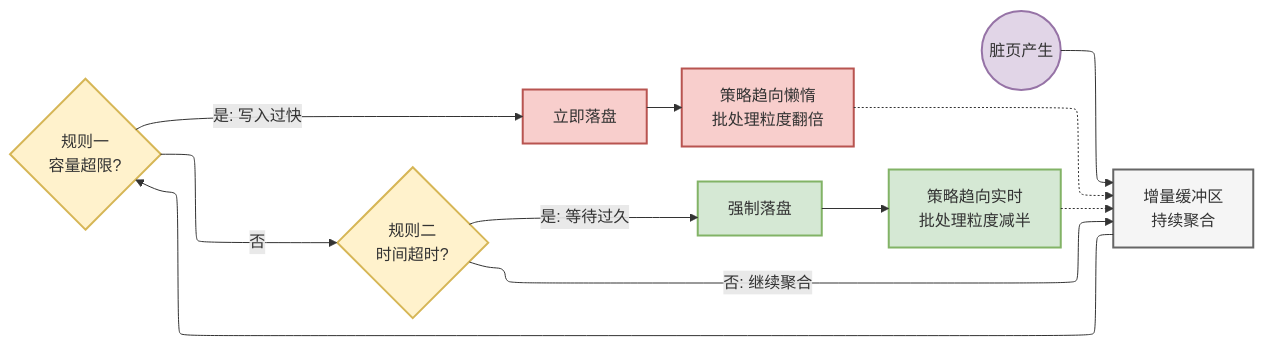
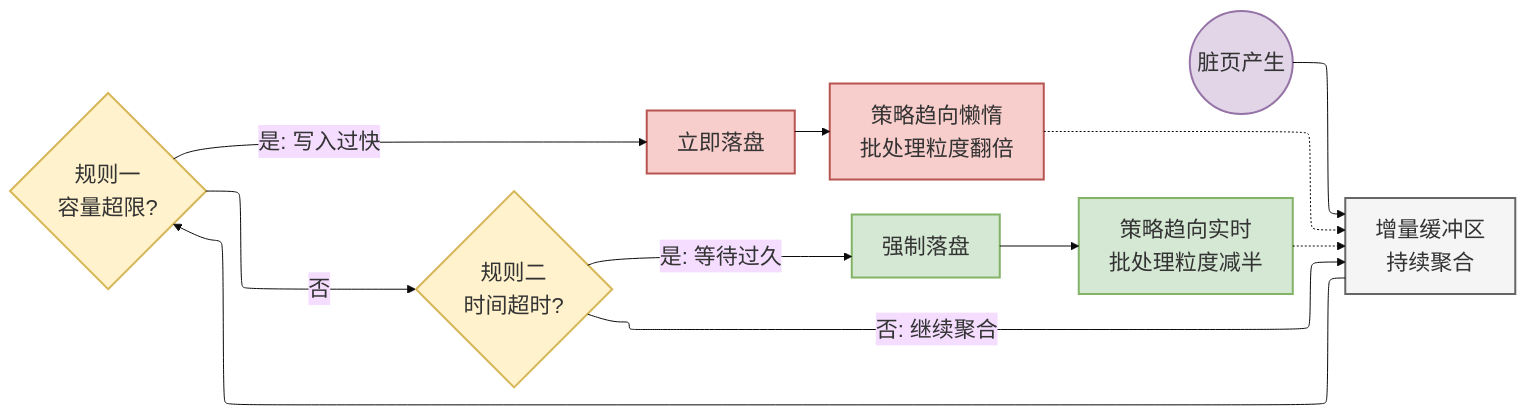
The diagram in figures/cont.mmd (Soul-of-Sky/lunwen), drawn with Mermaid before and after one commit. The commit also changed 40 other files, not shown here.

```diff
--- a/figures/cont.mmd
+++ b/figures/cont.mmd
@@ -1,30 +1,29 @@
----
-config:
-  layout: elk
----
+%%{init: { "theme": "base", "flowchart": { "defaultRenderer": "elk" } } }%%
 flowchart LR
-    Start(("脏页产生")) --> Buffer["增量缓冲区<br>持续聚合"]
-    Buffer --> CheckCap{"规则一<br>容量超限?"}
-    CheckCap -- 是: 写入过快 --> Act_High["立即落盘"]
-    Act_High --> Adjust_High["策略趋向懒惰<br>批处理粒度翻倍"]
-    CheckCap -- 否 --> CheckTime{"规则二<br>时间超时?"}
-    CheckTime -- 是: 等待过久 --> Act_Low["强制落盘"]
-    Act_Low --> Adjust_Low["策略趋向实时<br>批处理粒度减半"]
-    CheckTime -- 否: 继续聚合 --> Buffer
+    %% --- 样式定义 (保留原色，锁定 22px 字号) ---
+    classDef process fill:#f5f5f5,stroke:#666,stroke-width:2px,color:#333,font-size:22px;
+    classDef decision fill:#fff2cc,stroke:#d6b656,stroke-width:2px,color:#333,font-size:22px;
+    classDef highLoad fill:#f8cecc,stroke:#b85450,stroke-width:2px,color:#333,font-size:22px;
+    classDef lowLoad fill:#d5e8d4,stroke:#82b366,stroke-width:2px,color:#333,font-size:22px;
+    classDef terminator fill:#e1d5e7,stroke:#9673a6,stroke-width:2px,color:#333,font-size:22px;
+
+    %% --- 流程逻辑 ---
+    Start(("脏页产生")):::terminator --> Buffer["增量缓冲区<br>持续聚合"]:::process
+    
+    Buffer --> CheckCap{"规则一<br>容量超限?"}:::decision
+    
+    CheckCap -- "<span style='font-size:22px;'>是: 写入过快</span>" --> Act_High["立即落盘"]:::highLoad
+    Act_High --> Adjust_High["策略趋向懒惰<br>批处理粒度翻倍"]:::highLoad
+    
+    CheckCap -- "<span style='font-size:22px;'>否</span>" --> CheckTime{"规则二<br>时间超时?"}:::decision
+    
+    CheckTime -- "<span style='font-size:22px;'>是: 等待过久</span>" --> Act_Low["强制落盘"]:::lowLoad
+    Act_Low --> Adjust_Low["策略趋向实时<br>批处理粒度减半"]:::lowLoad
+    
+    CheckTime -- "<span style='font-size:22px;'>否: 继续聚合</span>" --> Buffer
+    
     Adjust_High -.-> Buffer
     Adjust_Low -.-> Buffer
+    
+    %% 布局占位，保持平衡
     Act_High ~~~ Act_Low
-
-     Start:::terminator
-     Buffer:::process
-     CheckCap:::decision
-     Act_High:::highLoad
-     Adjust_High:::highLoad
-     CheckTime:::decision
-     Act_Low:::lowLoad
-     Adjust_Low:::lowLoad
-    classDef process fill:#f5f5f5,stroke:#666,stroke-width:2px,color:#333
-    classDef decision fill:#fff2cc,stroke:#d6b656,stroke-width:2px,color:#333
-    classDef highLoad fill:#f8cecc,stroke:#b85450,stroke-width:2px,color:#333
-    classDef lowLoad fill:#d5e8d4,stroke:#82b366,stroke-width:2px,color:#333
-    classDef terminator fill:#e1d5e7,stroke:#9673a6,stroke-width:2px,color:#333
```
